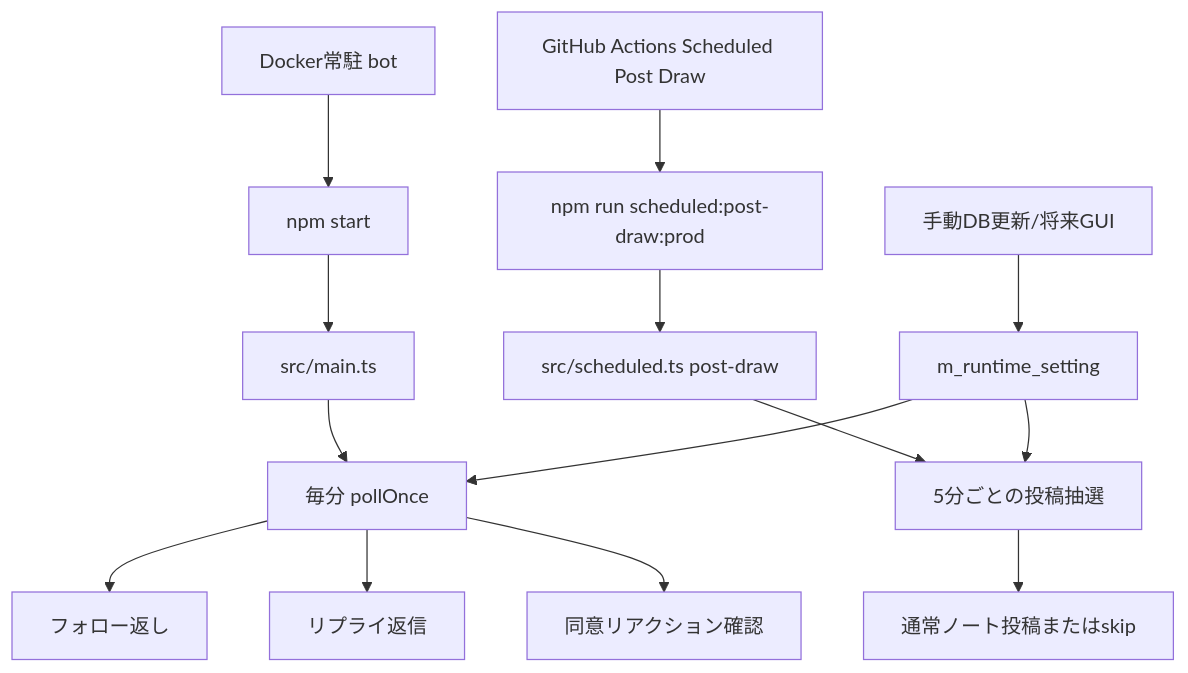
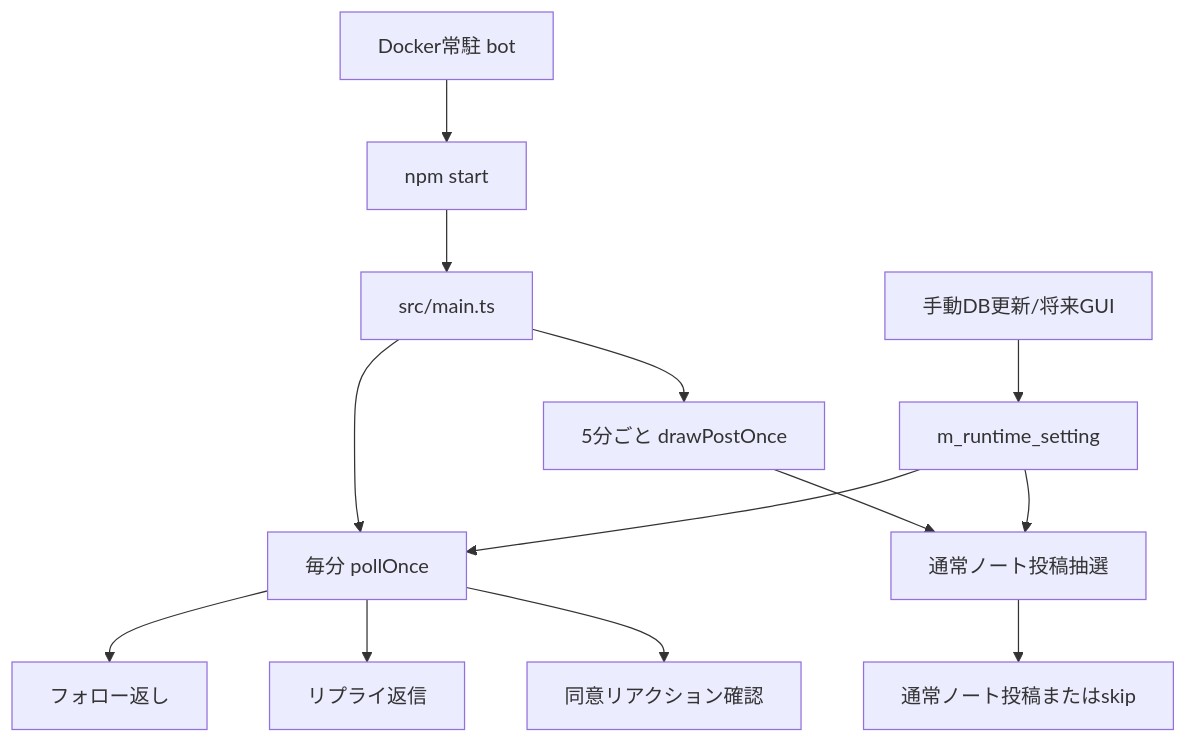
One commit to rohto4/io-bot-soul changed the first of 3 diagrams in docs/guide/script-overview.md. Above: the diagram before and after it, drawn with Mermaid. The commit also changed other lines of this file and 33 other files, not shown here.

````diff
--- a/docs/guide/script-overview.md
+++ b/docs/guide/script-overview.md
@@ -7,18 +7,17 @@
 ```mermaid
 flowchart TD
   A[Docker常駐 bot] --> B[npm start]
   B --> C[src/main.ts]
   C --> D[毎分 pollOnce]
   D --> E[フォロー返し]
   D --> F[リプライ返信]
   D --> G[同意リアクション確認]
 
-  H[GitHub Actions Scheduled Post Draw] --> I[npm run scheduled:post-draw:prod]
-  I --> J[src/scheduled.ts post-draw]
-  J --> K[5分ごとの投稿抽選]
-  K --> L[通常ノート投稿またはskip]
+  C --> H[5分ごと drawPostOnce]
+  H --> I[通常ノート投稿抽選]
+  I --> J[通常ノート投稿またはskip]
 
   M[手動DB更新/将来GUI] --> N[m_runtime_setting]
   N --> D
-  N --> K
+  N --> I
 ```
````
